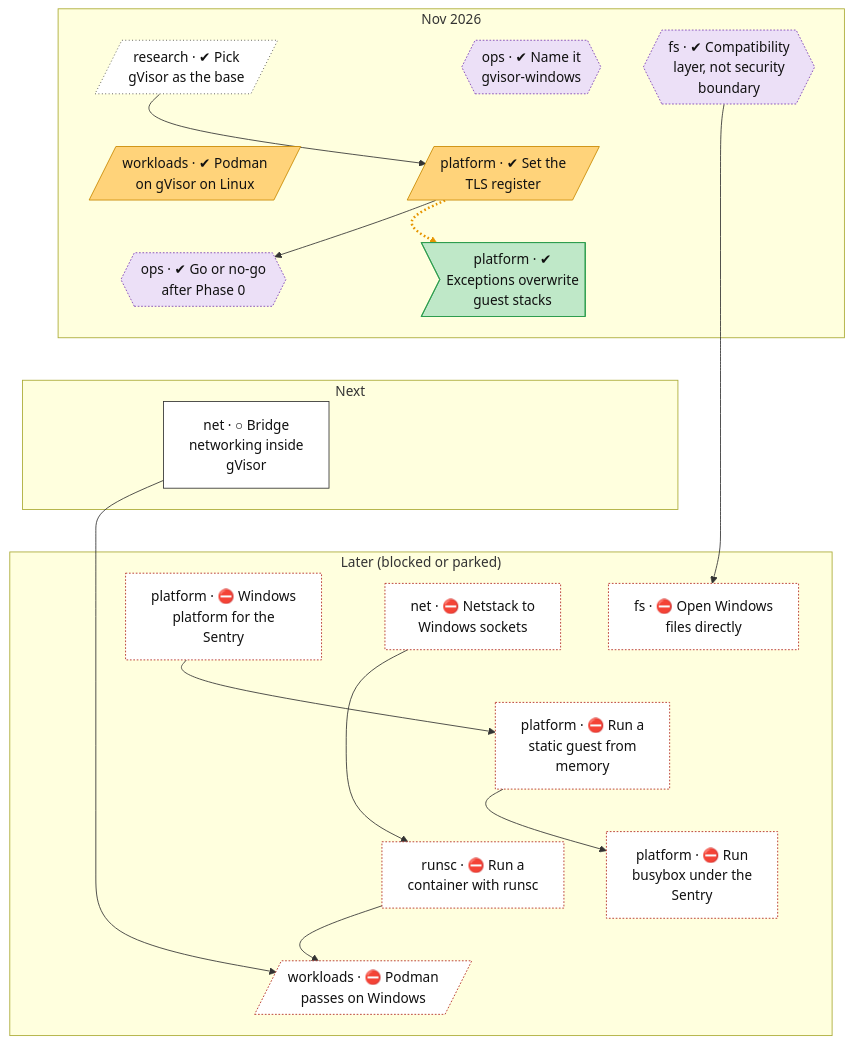
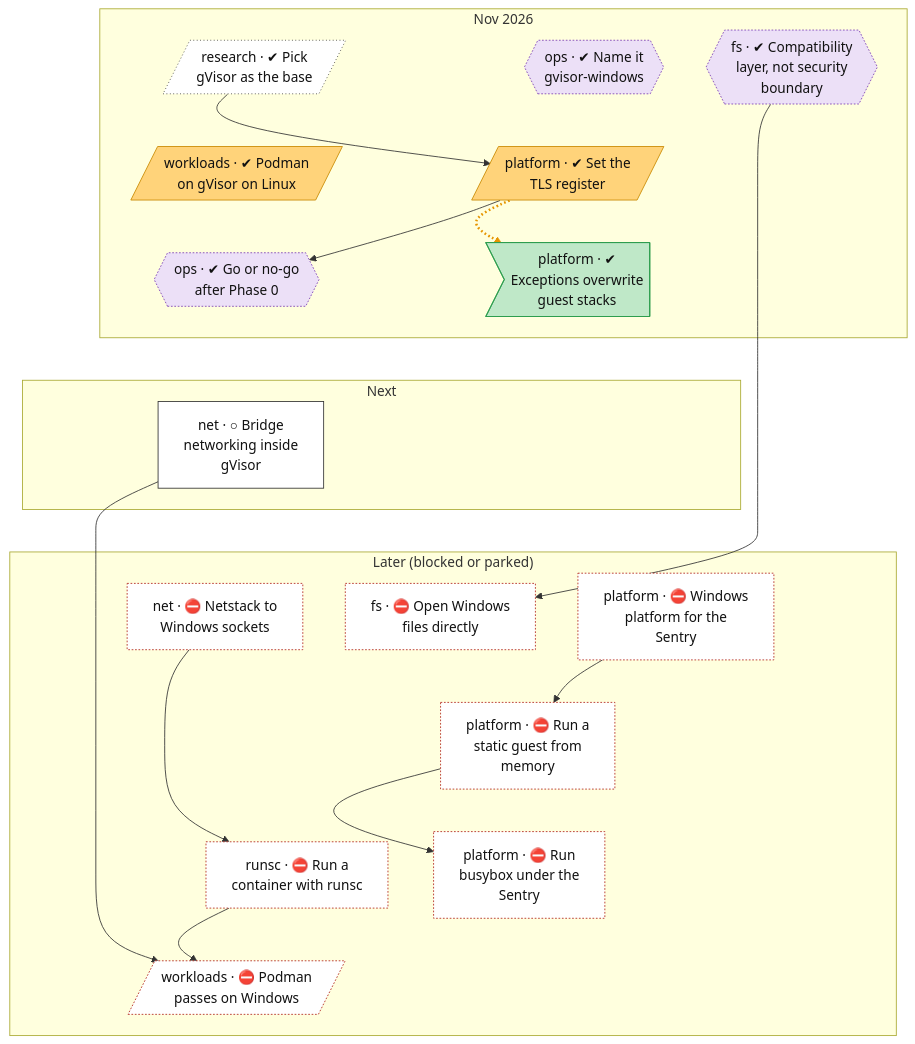
One commit to lhns/gvisor-windows changed the second of 2 diagrams in docs/roadmap.md. Above: the diagram before and after it, drawn with Mermaid. The commit also changed other lines of this file and 4 other files, not shown here.

````diff
--- a/docs/roadmap.md
+++ b/docs/roadmap.md
@@ -100,71 +100,71 @@
 ```mermaid
 flowchart TB
     subgraph bd_0["Nov 2026"]
         research_gvisor_base[/"research · ✔ Pick<br/>gVisor as the base"/]
         ops_name_and_fork{{"ops · ✔ Name it<br/>gvisor-windows"}}
         fs_compat_layer_not_boundary{{"fs · ✔ Compatibility<br/>layer, not security<br/>boundary"}}
         workloads_podman_on_gvisor_linux[/"workloads · ✔ Podman<br/>on gVisor on Linux"/]
         platform_tls_register[/"platform · ✔ Set the<br/>TLS register"/]
         ops_phase0_go_no_go{{"ops · ✔ Go or no-go<br/>after Phase 0"}}
         platform_veh_on_guest_stack_unsafe>"platform · ✔<br/>Exceptions overwrite<br/>guest stacks"]
     end
     subgraph bd_1["Next"]
         net_bridge_networking["net · ○ Bridge<br/>networking inside<br/>gVisor"]
     end
     subgraph bd_2["Later (blocked or parked)"]
+        platform_winstub["platform · ⛔ Windows<br/>platform for the<br/>Sentry"]
         fs_windows_directfs["fs · ⛔ Open Windows<br/>files directly"]
         net_netstack_windows_link["net · ⛔ Netstack to<br/>Windows sockets"]
-        platform_winstub["platform · ⛔ Windows<br/>platform for the<br/>Sentry"]
         platform_static_guest_from_memory["platform · ⛔ Run a<br/>static guest from<br/>memory"]
         platform_busybox_on_windows["platform · ⛔ Run<br/>busybox under the<br/>Sentry"]
         runsc_container_on_windows["runsc · ⛔ Run a<br/>container with runsc"]
         workloads_podman_on_windows[/"workloads · ⛔ Podman<br/>passes on Windows"/]
     end
     research_gvisor_base ~~~ workloads_podman_on_gvisor_linux
     ops_name_and_fork ~~~ platform_tls_register
     fs_compat_layer_not_boundary ~~~ platform_tls_register
     workloads_podman_on_gvisor_linux ~~~ ops_phase0_go_no_go
     platform_tls_register ~~~ platform_veh_on_guest_stack_unsafe
     ops_phase0_go_no_go ~~~ net_bridge_networking
     platform_veh_on_guest_stack_unsafe ~~~ net_bridge_networking
+    net_bridge_networking ~~~ platform_winstub
     net_bridge_networking ~~~ fs_windows_directfs
     net_bridge_networking ~~~ net_netstack_windows_link
-    net_bridge_networking ~~~ platform_winstub
+    platform_winstub ~~~ platform_static_guest_from_memory
     fs_windows_directfs ~~~ platform_static_guest_from_memory
     net_netstack_windows_link ~~~ platform_static_guest_from_memory
-    platform_winstub ~~~ platform_static_guest_from_memory
     platform_static_guest_from_memory ~~~ platform_busybox_on_windows
     platform_static_guest_from_memory ~~~ runsc_container_on_windows
     platform_busybox_on_windows ~~~ workloads_podman_on_windows
     runsc_container_on_windows ~~~ workloads_podman_on_windows
     research_gvisor_base --> platform_tls_register
     platform_tls_register -.-> platform_veh_on_guest_stack_unsafe
     platform_tls_register --> ops_phase0_go_no_go
     fs_compat_layer_not_boundary --> fs_windows_directfs
     platform_winstub --> platform_static_guest_from_memory
     platform_static_guest_from_memory --> platform_busybox_on_windows
     net_netstack_windows_link --> runsc_container_on_windows
     runsc_container_on_windows --> workloads_podman_on_windows
     net_bridge_networking --> workloads_podman_on_windows
     linkStyle 18 stroke:#e69500,stroke-width:3px,stroke-dasharray:2 3
     classDef vsucc fill:#2e9e4f,stroke:#1b6b34,color:#fff
     classDef succ fill:#bfe8c8,stroke:#2e9e4f,color:#111
     classDef mixed fill:#ffd37a,stroke:#c98a00,color:#111
     classDef bad fill:#f28b82,stroke:#b3261e,color:#111
     classDef dead fill:#e6e6e6,stroke:#777,stroke-dasharray:5 5,color:#555
     classDef inprog fill:#a8cdf5,stroke:#1f6fc5,color:#111
     classDef next fill:#fff,stroke:#333,color:#111
     classDef blocked fill:#fff,stroke:#b3261e,stroke-dasharray:2 2,color:#111
     classDef parked fill:#f3f3f3,stroke:#999,color:#555
     classDef unrated fill:#fff,stroke:#333,stroke-dasharray:1 3,color:#111
     classDef gate fill:#d9c2f0,stroke:#7b3fb5,color:#111
     classDef decided fill:#ece0f7,stroke:#7b3fb5,stroke-dasharray:2 2,color:#111
     classDef finding fill:#ffe0b2,stroke:#d84315,stroke-width:2px,color:#111
     classDef waiting fill:#e3f2fd,stroke:#1f6fc5,stroke-dasharray:5 5,color:#111
     class research_gvisor_base unrated
     class ops_name_and_fork,fs_compat_layer_not_boundary,ops_phase0_go_no_go decided
     class workloads_podman_on_gvisor_linux,platform_tls_register mixed
     class workloads_podman_on_windows,runsc_container_on_windows,platform_winstub,platform_busybox_on_windows,fs_windows_directfs,net_netstack_windows_link,platform_static_guest_from_memory blocked
     class net_bridge_networking next
     class platform_veh_on_guest_stack_unsafe succ
 ```
````
